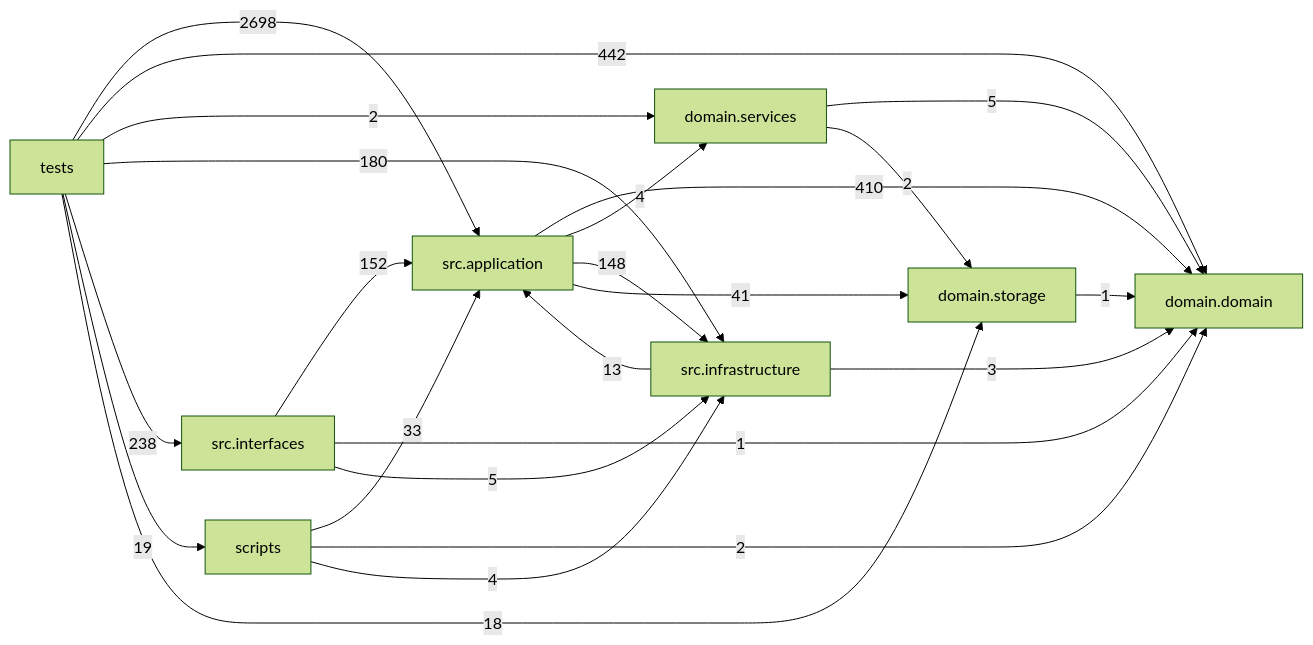
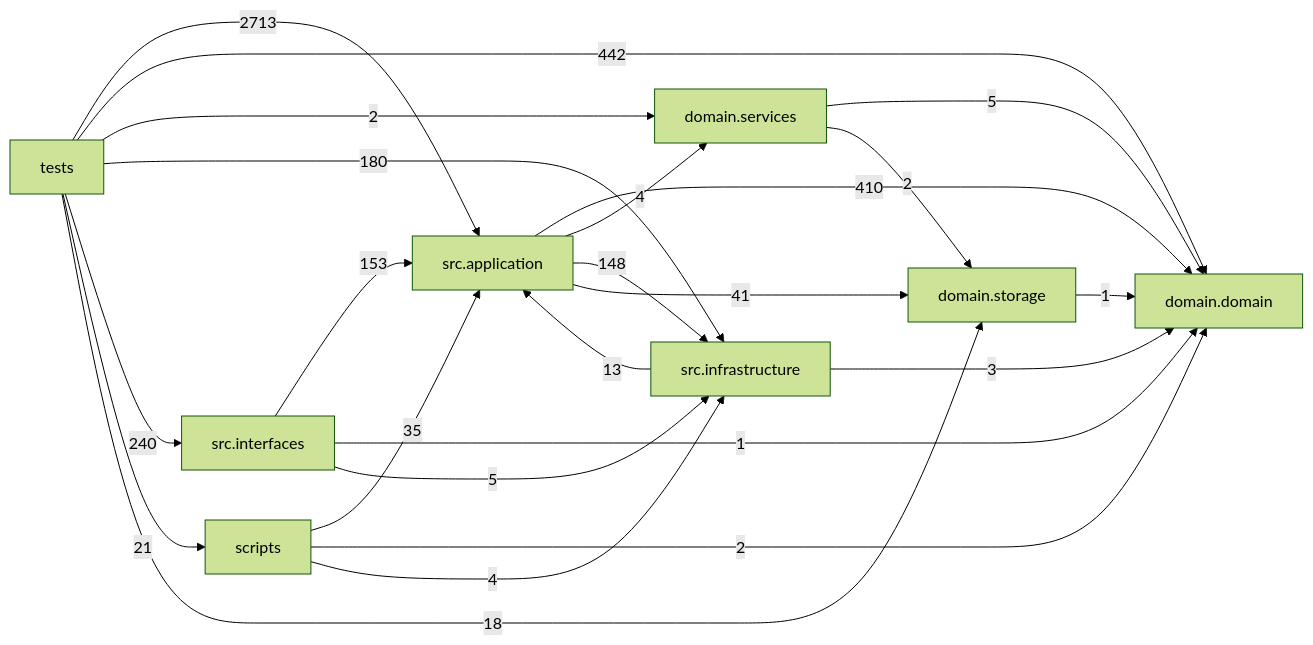
The diagram in docs/DEPENDENCY_GRAPH.md (liuxie066/options-monitor), drawn with Mermaid (forest theme) before and after one commit. The commit also changed other lines of this file and 30 other files, not shown here.

````diff
--- a/docs/DEPENDENCY_GRAPH.md
+++ b/docs/DEPENDENCY_GRAPH.md
@@ -24,33 +24,33 @@
 ```mermaid
 flowchart LR
   tests["tests"]
   scripts["scripts"]
   interfaces["src.interfaces"]
   application["src.application"]
   infrastructure["src.infrastructure"]
   domain_services["domain.services"]
   domain["domain.domain"]
   storage["domain.storage"]
   application -->|410| domain
   application -->|4| domain_services
   application -->|148| infrastructure
   application -->|41| storage
   domain_services -->|5| domain
   domain_services -->|2| storage
   infrastructure -->|13| application
   infrastructure -->|3| domain
-  interfaces -->|152| application
+  interfaces -->|153| application
   interfaces -->|1| domain
   interfaces -->|5| infrastructure
-  scripts -->|33| application
+  scripts -->|35| application
   scripts -->|2| domain
   scripts -->|4| infrastructure
   storage -->|1| domain
-  tests -->|2698| application
+  tests -->|2713| application
   tests -->|442| domain
   tests -->|2| domain_services
   tests -->|180| infrastructure
-  tests -->|238| interfaces
-  tests -->|19| scripts
+  tests -->|240| interfaces
+  tests -->|21| scripts
   tests -->|18| storage
 ```
````
